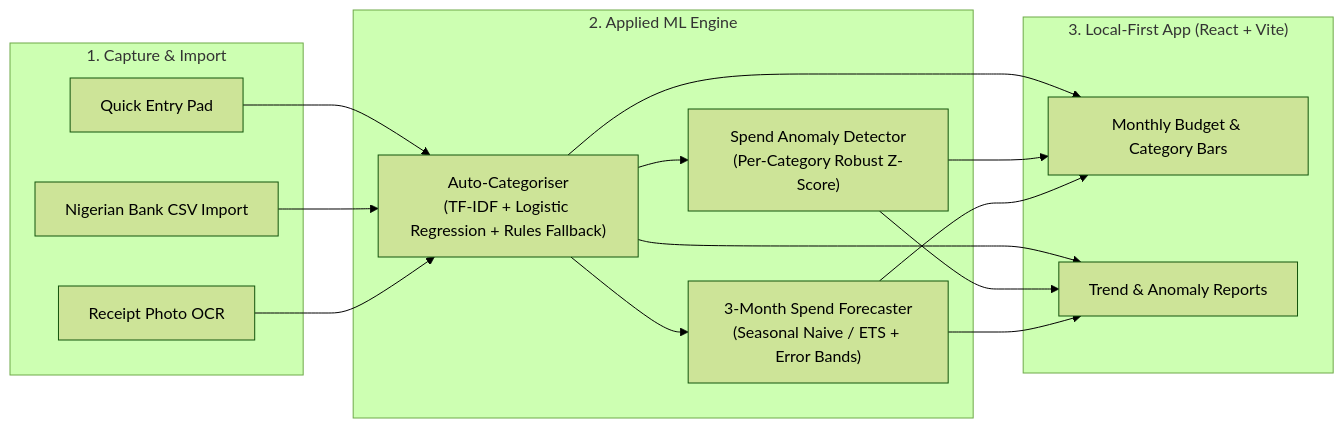
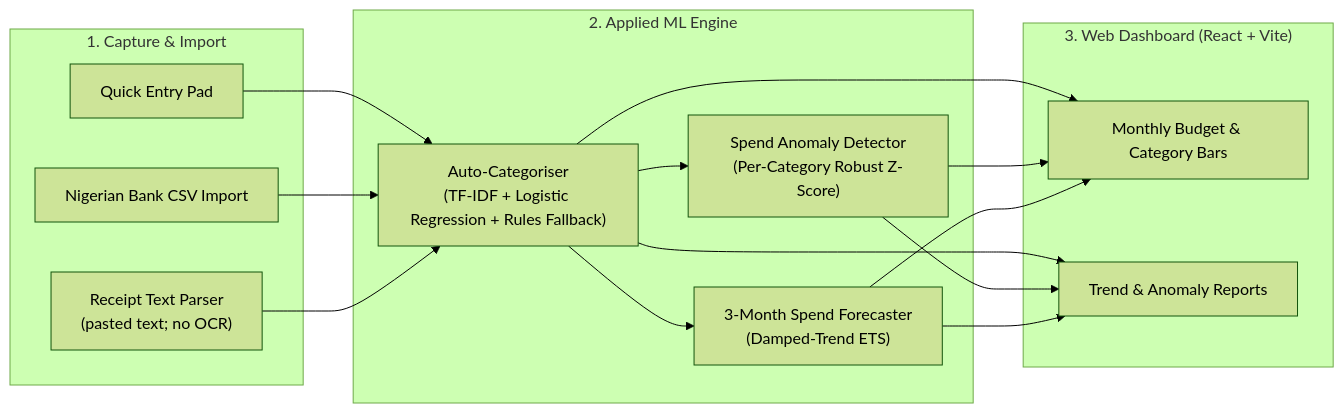
One commit to ikebude/ai-ml-data-engineering changed the diagram in products/expense-tracker/README.md. Above: the diagram before and after it, drawn with Mermaid (forest theme). The commit also changed other lines of this file and 5 other files, not shown here.

````diff
--- a/products/expense-tracker/README.md
+++ b/products/expense-tracker/README.md
@@ -22,23 +22,23 @@
 ```mermaid
 flowchart LR
     subgraph Input["1. Capture & Import"]
         Manual["Quick Entry Pad"]
         CSV["Nigerian Bank CSV Import"]
-        OCR["Receipt Photo OCR"]
+        RCPT["Receipt Text Parser<br/>(pasted text; no OCR)"]
     end
 
     subgraph ML["2. Applied ML Engine"]
         Cat["Auto-Categoriser<br/>(TF-IDF + Logistic Regression + Rules Fallback)"]
         Anom["Spend Anomaly Detector<br/>(Per-Category Robust Z-Score)"]
-        Fcst["3-Month Spend Forecaster<br/>(Seasonal Naive / ETS + Error Bands)"]
+        Fcst["3-Month Spend Forecaster<br/>(Damped-Trend ETS)"]
     end
 
-    subgraph UI["3. Local-First App (React + Vite)"]
+    subgraph UI["3. Web Dashboard (React + Vite)"]
         Dash["Monthly Budget & Category Bars"]
         Rep["Trend & Anomaly Reports"]
     end
 
-    Manual & CSV & OCR --> Cat
+    Manual & CSV & RCPT --> Cat
     Cat --> Anom & Fcst
     Cat & Anom & Fcst --> Dash & Rep
 ```
````
